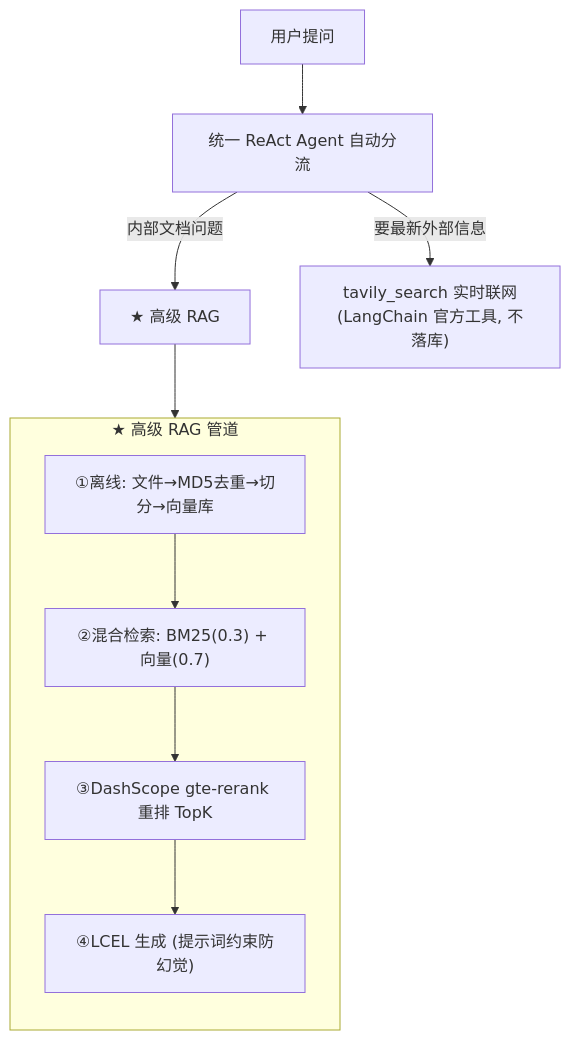
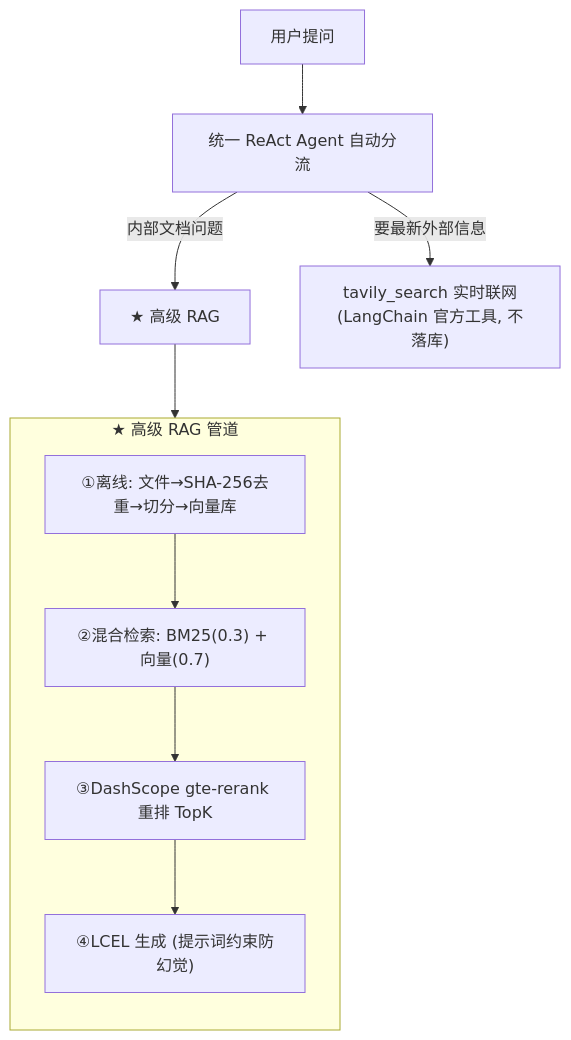
The third of 3 diagrams in README.md (meiyingg/AI-Agent), drawn with Mermaid before and after one commit. The commit also changed other lines of this file and 7 other files, not shown here.

````diff
--- a/README.md
+++ b/README.md
@@ -100,15 +100,15 @@
 ```mermaid
 flowchart TD
     U["用户提问"] --> AG["统一 ReAct Agent 自动分流"]
     AG -->|"内部文档问题"| CORE["★ 高级 RAG"]
     AG -->|"要最新外部信息"| WS["tavily_search 实时联网<br/>(LangChain 官方工具, 不落库)"]
 
     subgraph CORE2 ["★ 高级 RAG 管道"]
         direction TB
-        I["①离线: 文件→MD5去重→切分→向量库"]
+        I["①离线: 文件→SHA-256去重→切分→向量库"]
         I --> H["②混合检索: BM25(0.3) + 向量(0.7)"]
         H --> R["③DashScope gte-rerank 重排 TopK"]
         R --> G["④LCEL 生成 (提示词约束防幻觉)"]
     end
     CORE --> CORE2
 ```
````
